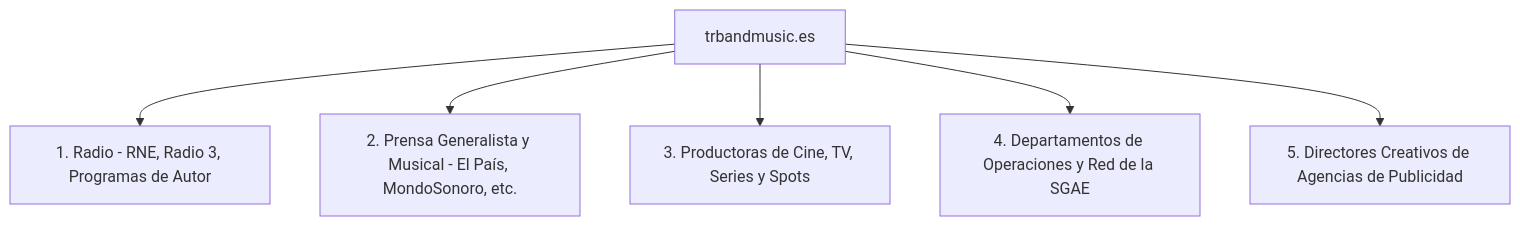
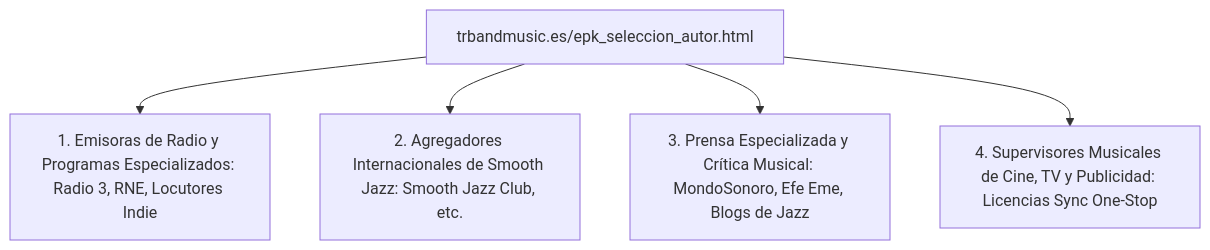
One commit to edubibi/trband changed the diagram in PROMO_KIT_JAZZROCK/PLAN_OUTREACH_DOMINIO.md. Above: the diagram before and after it, drawn with Mermaid. The commit also changed other lines of this file and 4 other files, not shown here.

````diff
--- a/PROMO_KIT_JAZZROCK/PLAN_OUTREACH_DOMINIO.md
+++ b/PROMO_KIT_JAZZROCK/PLAN_OUTREACH_DOMINIO.md
@@ -11,8 +9,7 @@
 ```mermaid
 graph TD
-    A[trbandmusic.es] --> B[1. Radio - RNE, Radio 3, Programas de Autor]
-    A --> C[2. Prensa Generalista y Musical - El País, MondoSonoro, etc.]
-    A --> D[3. Productoras de Cine, TV, Series y Spots]
-    A --> E[4. Departamentos de Operaciones y Red de la SGAE]
-    A --> F[5. Directores Creativos de Agencias de Publicidad]
+    A[trbandmusic.es/epk_seleccion_autor.html] --> B[1. Emisoras de Radio y Programas Especializados: Radio 3, RNE, Locutores Indie]
+    A --> C[2. Agregadores Internacionales de Smooth Jazz: Smooth Jazz Club, etc.]
+    A --> D[3. Prensa Especializada y Crítica Musical: MondoSonoro, Efe Eme, Blogs de Jazz]
+    A --> E[4. Supervisores Musicales de Cine, TV y Publicidad: Licencias Sync One-Stop]
 ```
````
